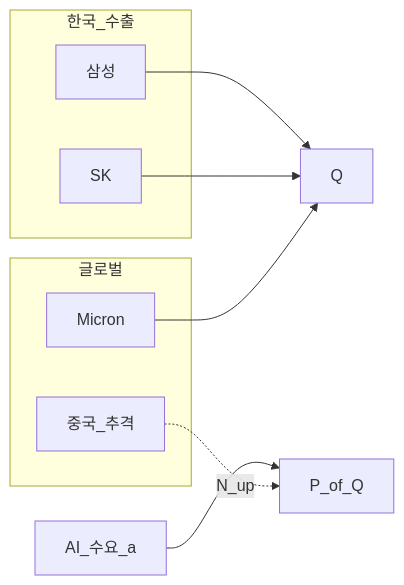
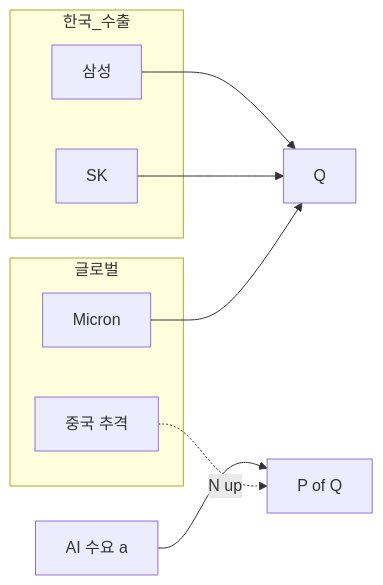
One commit to goldanghenry/Finances changed the fourth of 5 diagrams in 02-economics/micro-03-market-structures-io.md. Above: the diagram before and after it, drawn with Mermaid. The commit also changed other lines of this file and 211 other files, not shown here.

````diff
--- a/02-economics/micro-03-market-structures-io.md
+++ b/02-economics/micro-03-market-structures-io.md
@@ -510,16 +564,16 @@
 ```mermaid
 flowchart LR
   subgraph kr [한국_수출]
     S[삼성]
     SK[SK]
   end
   subgraph global [글로벌]
     M[Micron]
-    CN[중국_추격]
+    CN["중국 추격"]
   end
-  AI[AI_수요_a] --> P[P_of_Q]
+  AI["AI 수요 a"] --> P["P of Q"]
   S --> Q
   SK --> Q
   M --> Q
-  CN -.->|N_up| P
+  CN -.->|"N up"| P
 ```
````
